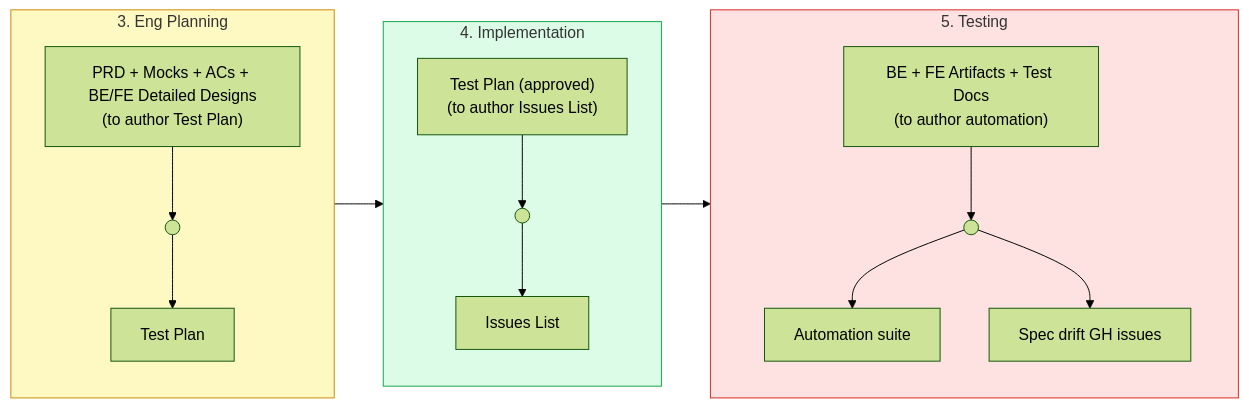
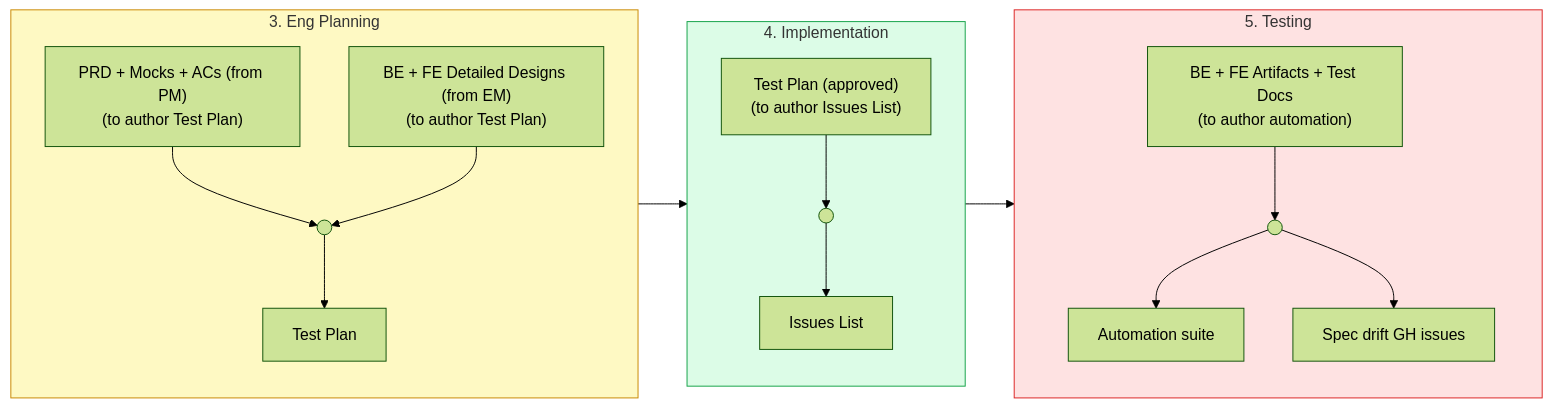
The second of 2 diagrams in .claude/agents/senior-qa-automation-engineer.md (sans-github/agents), drawn with Mermaid (forest theme) before and after one commit. The commit also changed other lines of this file and 7 other files, not shown here.

````diff
--- a/.claude/agents/senior-qa-automation-engineer.md
+++ b/.claude/agents/senior-qa-automation-engineer.md
@@ -62,23 +62,24 @@
 ```mermaid
 flowchart LR
   subgraph ep["3. Eng Planning"]
     direction TB
-    q1["PRD + Mocks + ACs + BE/FE Detailed Designs<br/>(to author Test Plan)"] --> Q1(( ))
+    q1a["PRD + Mocks + ACs (from PM)<br/>(to author Test Plan)"] --> Q1(( ))
+    q1b["BE + FE Detailed Designs (from EM)<br/>(to author Test Plan)"] --> Q1
     Q1 --> q2["Test Plan"]
   end
   subgraph impl["4. Implementation"]
     direction TB
     q3["Test Plan (approved)<br/>(to author Issues List)"] --> Q2(( ))
     Q2 --> q4["Issues List"]
   end
   subgraph test["5. Testing"]
     direction TB
     q5["BE + FE Artifacts + Test Docs<br/>(to author automation)"] --> Q3(( ))
     Q3 --> q6["Automation suite"]
     Q3 --> q7["Spec drift GH issues"]
   end
   ep --> impl --> test
   style ep   fill:#fef9c3,stroke:#ca8a04
   style impl fill:#dcfce7,stroke:#16a34a
   style test fill:#fee2e2,stroke:#dc2626
 ```
````
